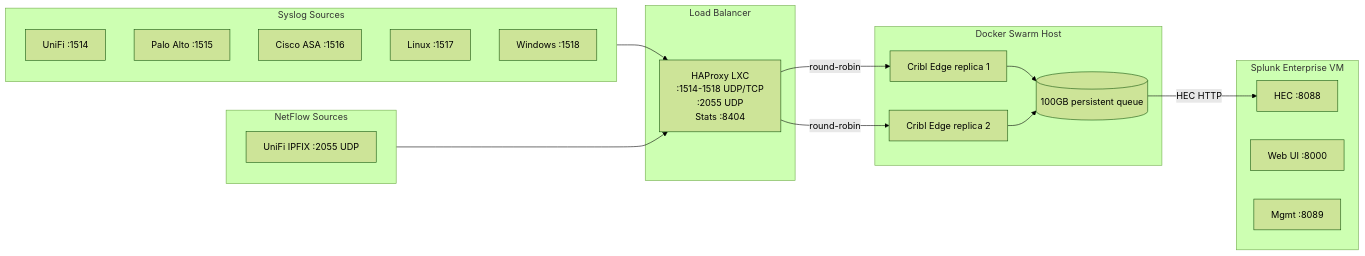
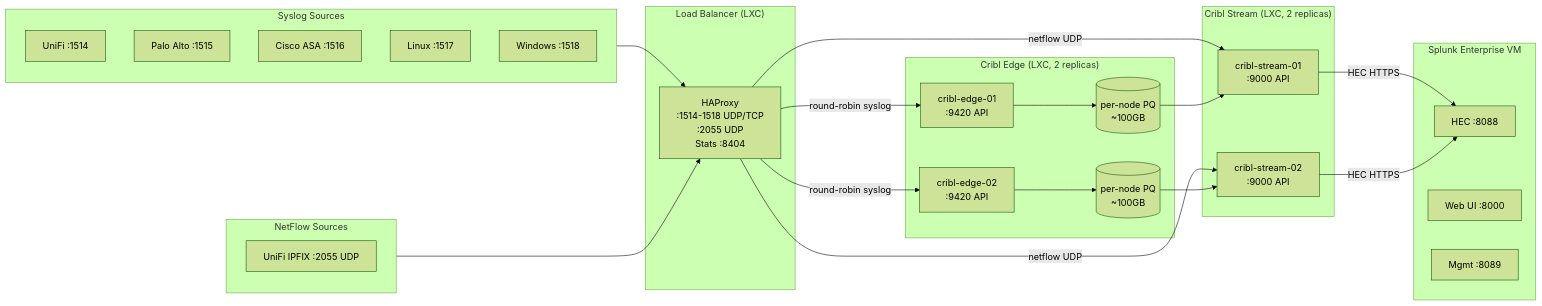
One commit to JacobPEvans/terraform-proxmox changed the second of 3 diagrams in docs/ARCHITECTURE.md. Above: the diagram before and after it, drawn with Mermaid (forest theme). The commit also changed other lines of this file and 1 other file, not shown here.

First line of the commit message:
docs(architecture): align with Cribl two-tier pipeline and Samba NAS reality (#267)

````diff
--- a/docs/ARCHITECTURE.md
+++ b/docs/ARCHITECTURE.md
@@ -51,38 +50,49 @@
 ```mermaid
 flowchart LR
     subgraph Sources["Syslog Sources"]
         U[UniFi :1514]
         PA[Palo Alto :1515]
         CA[Cisco ASA :1516]
         LN[Linux :1517]
         WN[Windows :1518]
     end
 
     subgraph NetFlow["NetFlow Sources"]
         NF[UniFi IPFIX :2055 UDP]
     end
 
-    subgraph LB["Load Balancer"]
-        HAP[HAProxy LXC<br/>:1514-1518 UDP/TCP<br/>:2055 UDP<br/>Stats :8404]
+    subgraph LB["Load Balancer (LXC)"]
+        HAP[HAProxy<br/>:1514-1518 UDP/TCP<br/>:2055 UDP<br/>Stats :8404]
     end
 
-    subgraph Collectors["Docker Swarm Host"]
-        CE1[Cribl Edge replica 1]
-        CE2[Cribl Edge replica 2]
-        PQ[(100GB persistent queue)]
+    subgraph Collectors["Cribl Edge (LXC, 2 replicas)"]
+        CE1[cribl-edge-01<br/>:9420 API]
+        CE2[cribl-edge-02<br/>:9420 API]
+        PQ1[(per-node PQ<br/>~100GB)]
+        PQ2[(per-node PQ<br/>~100GB)]
+    end
+
+    subgraph Processors["Cribl Stream (LXC, 2 replicas)"]
+        CS1[cribl-stream-01<br/>:9000 API]
+        CS2[cribl-stream-02<br/>:9000 API]
     end
 
     subgraph Destination["Splunk Enterprise VM"]
         HEC[HEC :8088]
         WEB[Web UI :8000]
         MGMT[Mgmt :8089]
     end
 
     Sources --> HAP
     NetFlow --> HAP
-    HAP -->|round-robin| CE1
-    HAP -->|round-robin| CE2
-    CE1 --> PQ
-    CE2 --> PQ
-    PQ -->|HEC HTTP| HEC
+    HAP -->|round-robin syslog| CE1
+    HAP -->|round-robin syslog| CE2
+    HAP -->|netflow UDP| CS1
+    HAP -->|netflow UDP| CS2
+    CE1 --> PQ1
+    CE2 --> PQ2
+    PQ1 --> CS1
+    PQ2 --> CS2
+    CS1 -->|HEC HTTPS| HEC
+    CS2 -->|HEC HTTPS| HEC
 ```
````
